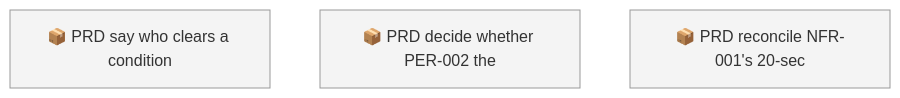
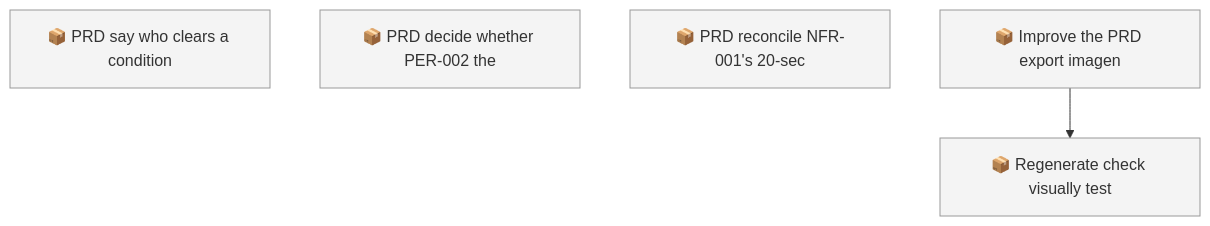
Before and after one commit to SpillwaveSolutions/prd-forge: the first of 2 diagrams in docs/roadmap.md, drawn with Mermaid. The commit also changed other lines of this file and 83 other files, not shown here.

````diff
--- a/docs/roadmap.md
+++ b/docs/roadmap.md
@@ -41,8 +47,11 @@
 ```mermaid
 graph TD
     01M67NBJMD36KW0QP1S9D4SMAD["📦 PRD say who clears a condition"]
     01M67NBJQEWFPJ4YZADKC6ZXP7["📦 PRD decide whether PER-002 the"]
     01M67NBJTJAPJSEETE5YS6SVMT["📦 PRD reconcile NFR-001's 20-sec"]
+    01M7JXHGSQFKC5QB720MGAGZ44["📦 Improve the PRD export imagen"]
+    01M7JXHGSRTYQM9QA8P2QSD00P["📦 Regenerate check visually test"]
+    01M7JXHGSQFKC5QB720MGAGZ44 --> 01M7JXHGSRTYQM9QA8P2QSD00P
     classDef todo fill:#f4f4f4,stroke:#999999
-    class 01M67NBJMD36KW0QP1S9D4SMAD,01M67NBJQEWFPJ4YZADKC6ZXP7,01M67NBJTJAPJSEETE5YS6SVMT todo
+    class 01M67NBJMD36KW0QP1S9D4SMAD,01M67NBJQEWFPJ4YZADKC6ZXP7,01M67NBJTJAPJSEETE5YS6SVMT,01M7JXHGSQFKC5QB720MGAGZ44,01M7JXHGSRTYQM9QA8P2QSD00P todo
 ```
````
